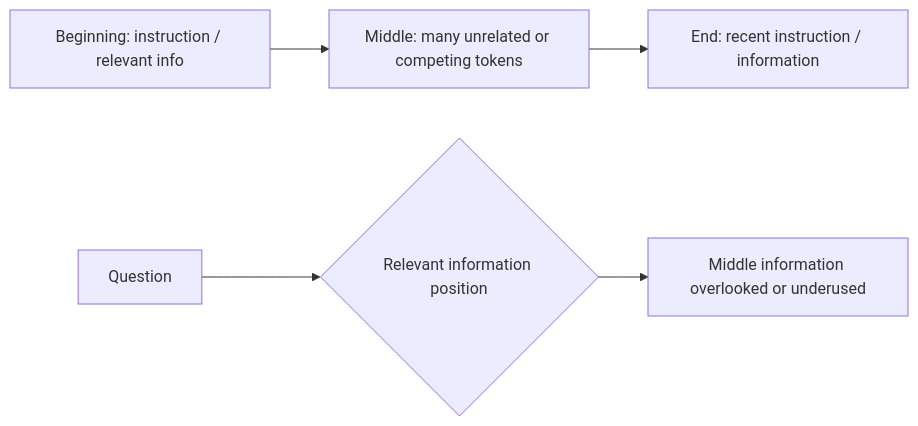
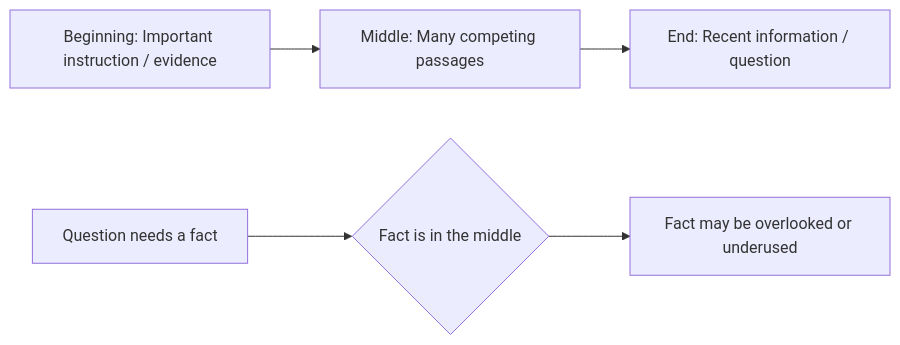
The second of 2 diagrams in notes/module-01-from-answering-to-doing/05-context-window-and-lost-in-the-middle.md (shomi-khan/preparation), drawn with Mermaid before and after one commit. The commit also changed other lines of this file, not shown here.

````diff
--- a/notes/module-01-from-answering-to-doing/05-context-window-and-lost-in-the-middle.md
+++ b/notes/module-01-from-answering-to-doing/05-context-window-and-lost-in-the-middle.md
@@ -42,7 +79,7 @@
 ```mermaid
 flowchart LR
-    A[Beginning: instruction / relevant info] --> B[Middle: many unrelated or competing tokens]
-    B --> C[End: recent instruction / information]
-    D[Question] --> E{Relevant information position}
-    E --> F[Middle information overlooked or underused]
+    A[Beginning: Important instruction / evidence] --> B[Middle: Many competing passages]
+    B --> C[End: Recent information / question]
+    Q[Question needs a fact] --> M{Fact is in the middle}
+    M --> F[Fact may be overlooked or underused]
 ```
````
